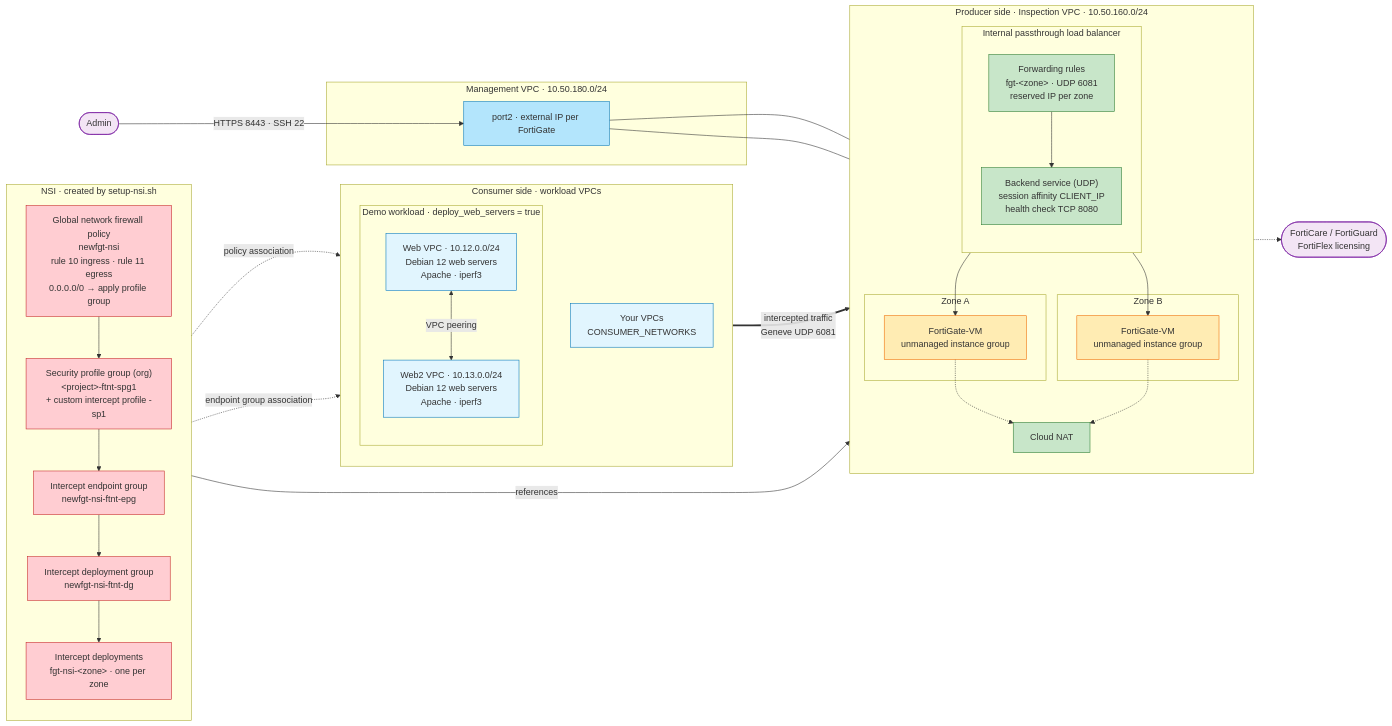
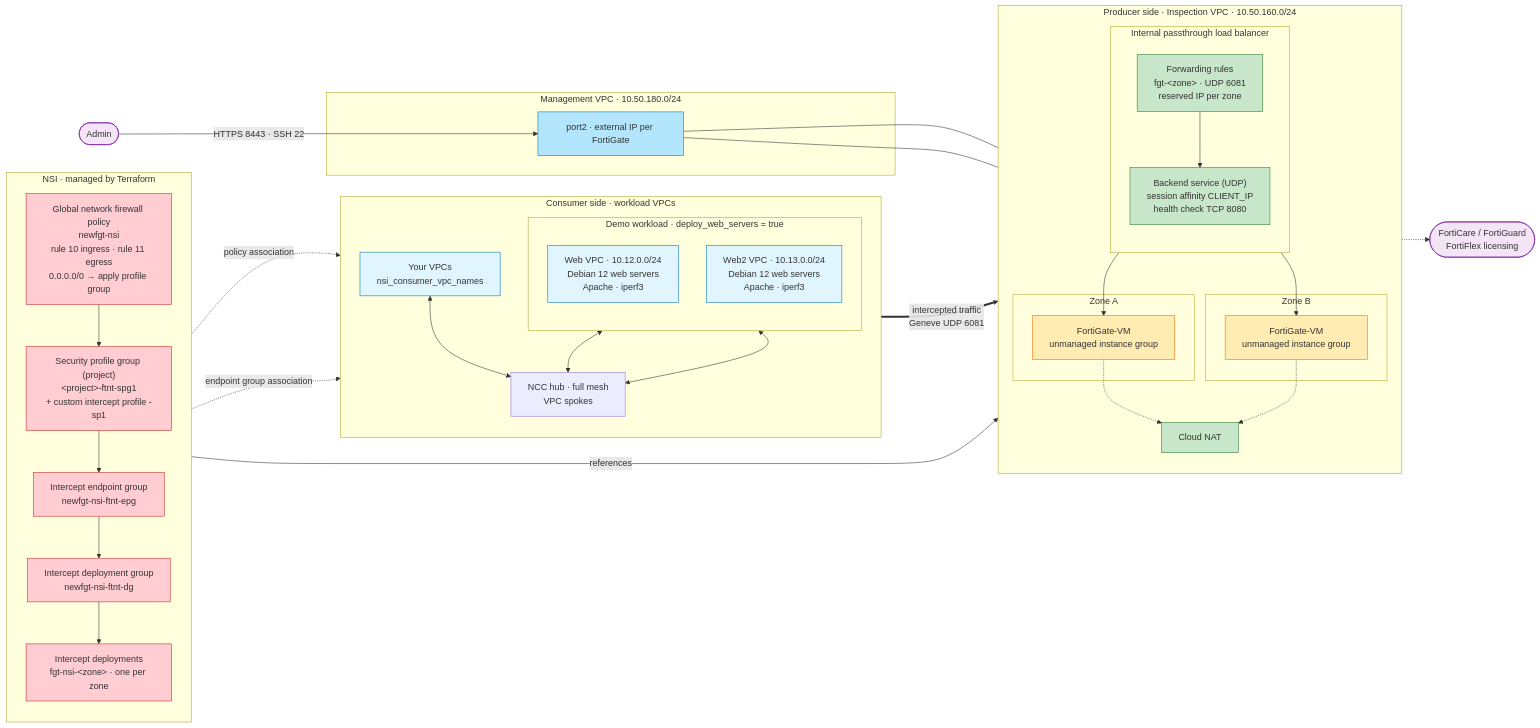
The diagram in README.md (fortidg/gcp-nsi-umig), drawn with Mermaid before and after one commit. The commit also changed other lines of this file and 18 other files, not shown here.

Commit message:
removed shell scripts.  Now all NSI resources are deployed with Terraform.

```diff
--- a/README.md
+++ b/README.md
@@ -17,15 +17,18 @@
             direction TB
             WEB["Web VPC · 10.12.0.0/24<br/>Debian 12 web servers<br/>Apache · iperf3"]
             WEB2["Web2 VPC · 10.13.0.0/24<br/>Debian 12 web servers<br/>Apache · iperf3"]
-            WEB <-->|VPC peering| WEB2
         end
-        OWN["Your VPCs<br/>CONSUMER_NETWORKS"]
+        OWN["Your VPCs<br/>nsi_consumer_vpc_names"]
+        NCC["NCC hub · full mesh<br/>VPC spokes"]
+        WEB <--> NCC
+        WEB2 <--> NCC
+        OWN <--> NCC
     end
 
-    subgraph NSI["NSI · created by setup-nsi.sh"]
+    subgraph NSI["NSI · managed by Terraform"]
         direction TB
         FWP["Global network firewall policy<br/>newfgt-nsi<br/>rule 10 ingress · rule 11 egress<br/>0.0.0.0/0 → apply profile group"]
-        SPG["Security profile group (org)<br/>&lt;project&gt;-ftnt-spg1<br/>+ custom intercept profile -sp1"]
+        SPG["Security profile group (project)<br/>&lt;project&gt;-ftnt-spg1<br/>+ custom intercept profile -sp1"]
         EPG["Intercept endpoint group<br/>newfgt-nsi-ftnt-epg"]
         DG["Intercept deployment group<br/>newfgt-nsi-ftnt-dg"]
         DEP["Intercept deployments<br/>fgt-nsi-&lt;zone&gt; · one per zone"]
@@ -58,7 +61,7 @@
     ADMIN(["Admin"])
     FORTICARE(["FortiCare / FortiGuard<br/>FortiFlex licensing"])
 
-    %% Associations made per VPC by setup-nsi.sh
+    %% Associations managed per consumer VPC by Terraform
     FWP -. "policy association" .-> CONSUMER
     EPG -. "endpoint group association" .-> CONSUMER
     DEP -->|references| FR
```
